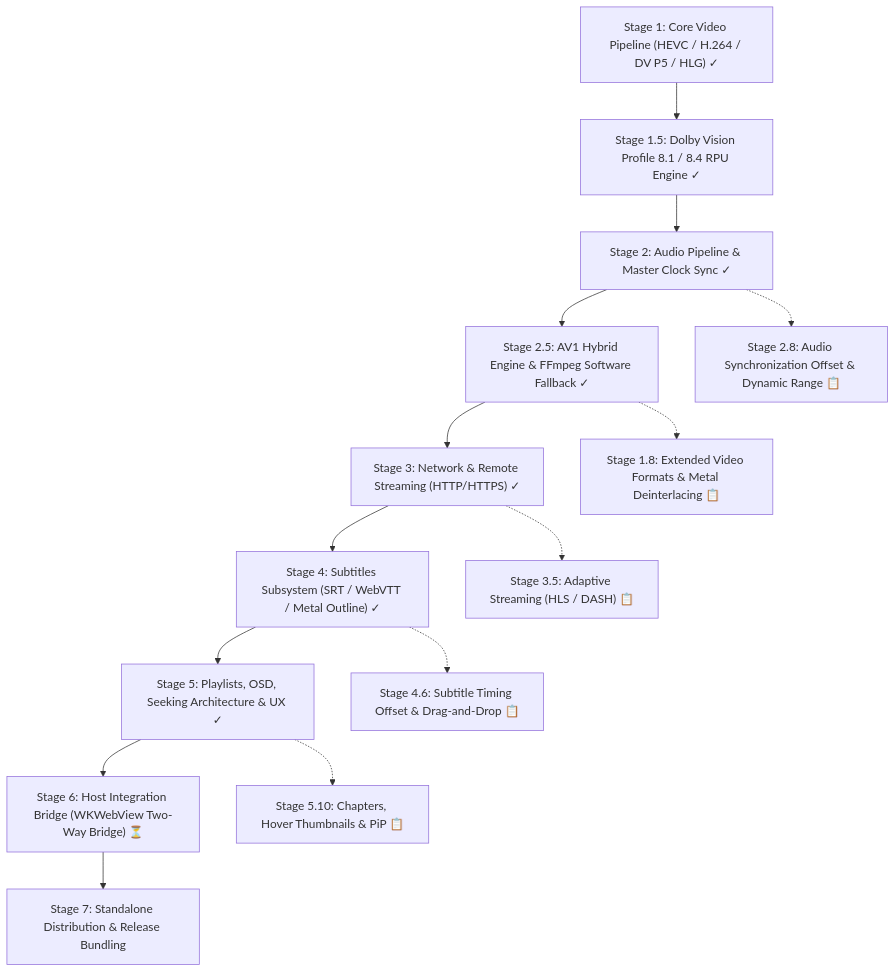
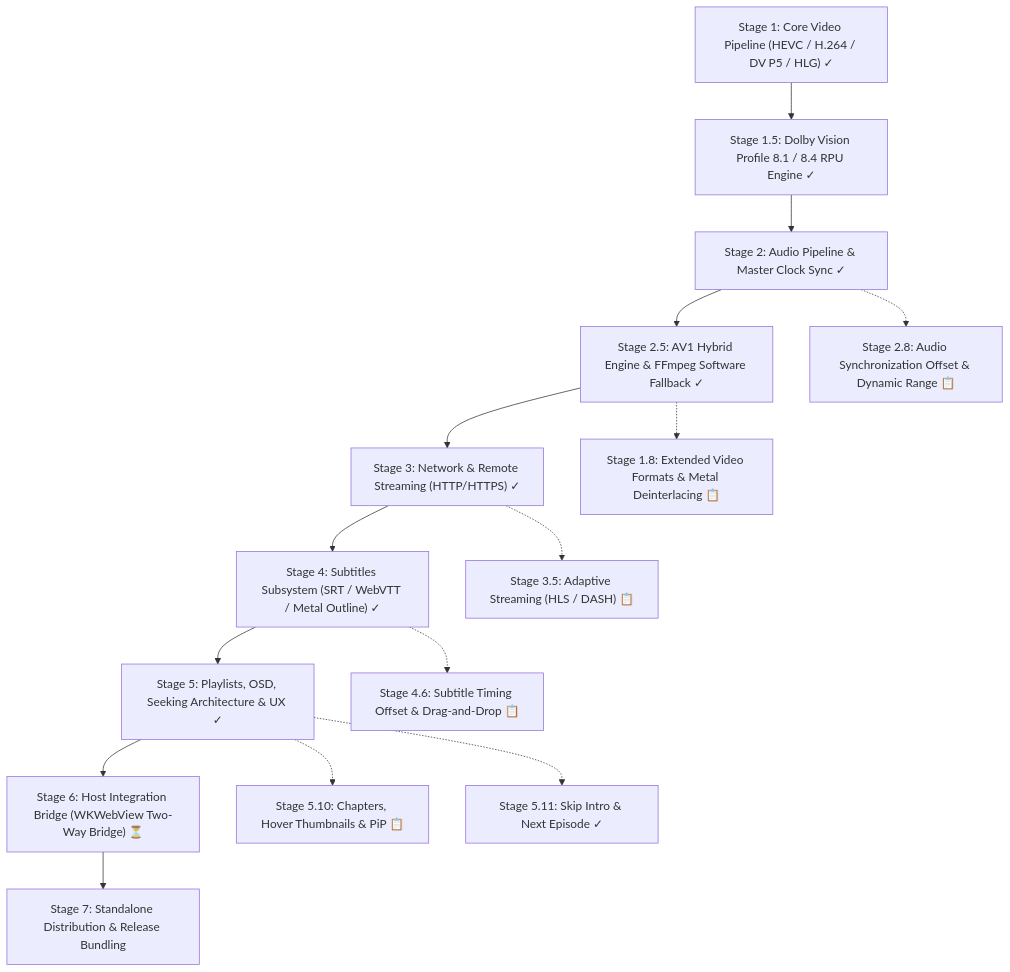
Before and after one commit to ghotriw/nits: the diagram in docs/ROADMAP.md, drawn with Mermaid. The commit also changed other lines of this file and 20 other files, not shown here.

First line of the commit message:
feat(ui): host action buttons for skip intro and next episode

````diff
--- a/docs/ROADMAP.md
+++ b/docs/ROADMAP.md
@@ -24,17 +24,18 @@
 ```mermaid
 flowchart TD
     M1["Stage 1: Core Video Pipeline (HEVC / H.264 / DV P5 / HLG) ✓"] --> M15["Stage 1.5: Dolby Vision Profile 8.1 / 8.4 RPU Engine ✓"]
     M15 --> M2["Stage 2: Audio Pipeline & Master Clock Sync ✓"]
     M2 --> M25["Stage 2.5: AV1 Hybrid Engine & FFmpeg Software Fallback ✓"]
     M25 --> M3["Stage 3: Network & Remote Streaming (HTTP/HTTPS) ✓"]
     M3 --> M4["Stage 4: Subtitles Subsystem (SRT / WebVTT / Metal Outline) ✓"]
     M4 --> M5["Stage 5: Playlists, OSD, Seeking Architecture & UX ✓"]
     M5 --> M6["Stage 6: Host Integration Bridge (WKWebView Two-Way Bridge) ⏳"]
     M6 --> M7["Stage 7: Standalone Distribution & Release Bundling"]
     
     M25 -.-> M1X["Stage 1.8: Extended Video Formats & Metal Deinterlacing 📋"]
     M2 -.-> M2X["Stage 2.8: Audio Synchronization Offset & Dynamic Range 📋"]
     M3 -.-> M3X["Stage 3.5: Adaptive Streaming (HLS / DASH) 📋"]
     M4 -.-> M4X["Stage 4.6: Subtitle Timing Offset & Drag-and-Drop 📋"]
     M5 -.-> M5X["Stage 5.10: Chapters, Hover Thumbnails & PiP 📋"]
+    M5 -.-> M5Y["Stage 5.11: Skip Intro & Next Episode ✓"]
 ```
````
